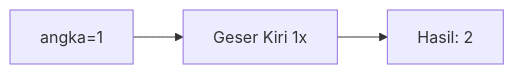
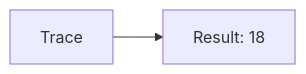
One commit to amnahwaida/OSNK_INF_PREP changed the tenth of 25 diagrams in part-c-pemahaman-cpp/06-bitwise/latihan/set-07.md. Above: the diagram before and after it, drawn with Mermaid. The commit also changed other lines of this file and 71 other files, not shown here.

````diff
--- a/part-c-pemahaman-cpp/06-bitwise/latihan/set-07.md
+++ b/part-c-pemahaman-cpp/06-bitwise/latihan/set-07.md
@@ -211,5 +211,4 @@
 ```mermaid
 graph LR
-A["angka=1"] --> B["Geser Kiri 1x"]
-B --> C["Hasil: 2"]
+A[Trace] --> B[Result: 18]
 ```
````
